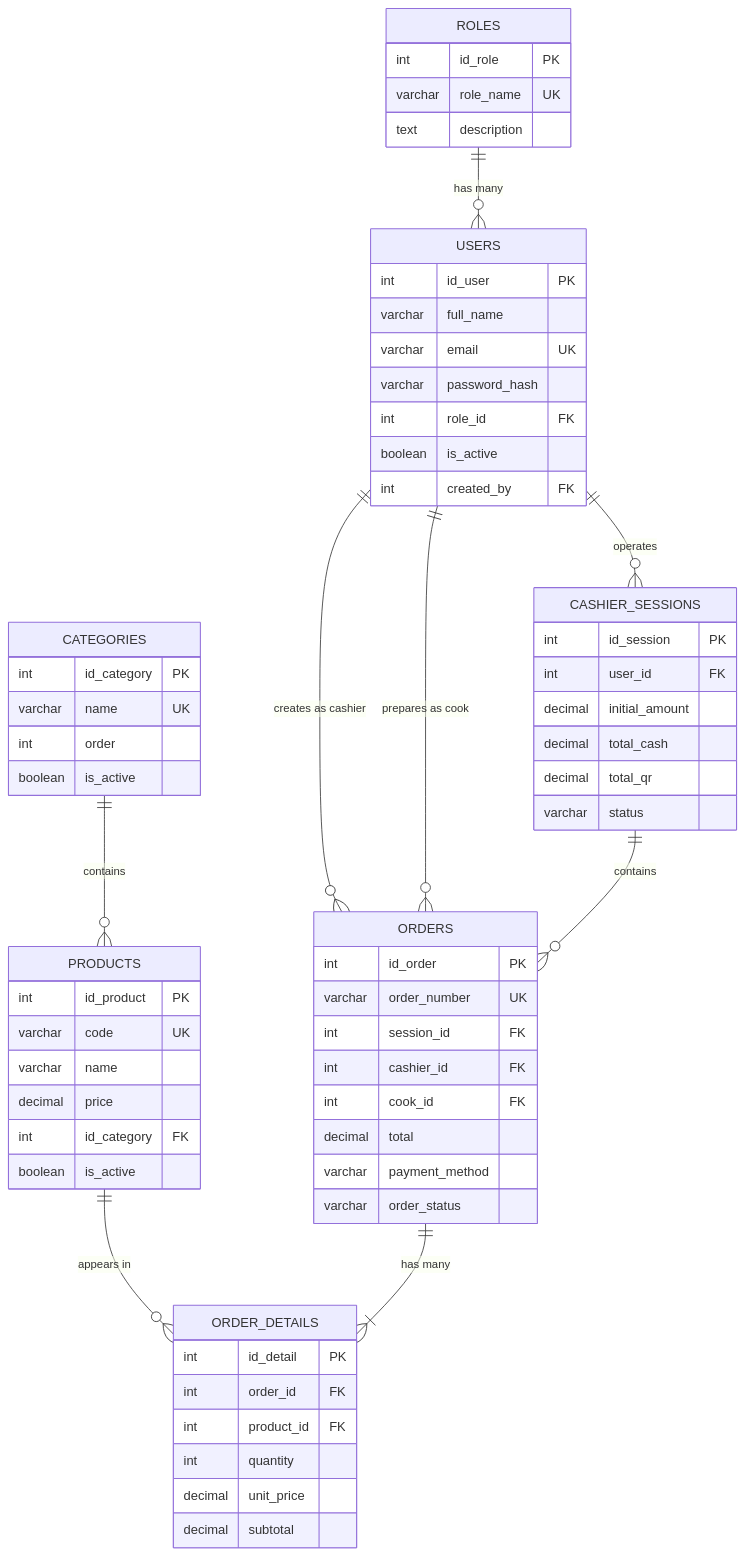
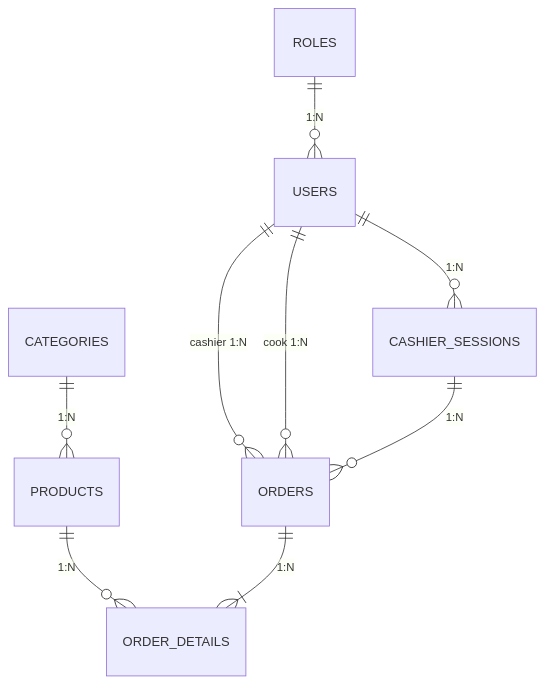
The diagram in .agent/project-context.md (marquezQ/FastCashierBE), drawn with Mermaid before and after one commit. The commit also changed other lines of this file and 15 other files, not shown here.

````diff
--- a/.agent/project-context.md
+++ b/.agent/project-context.md
@@ -21,72 +23,11 @@
 ```mermaid
 erDiagram
-    ROLES ||--o{ USERS : "has many"
-    USERS ||--o{ CASHIER_SESSIONS : "operates"
-    USERS ||--o{ ORDERS : "creates as cashier"
-    USERS ||--o{ ORDERS : "prepares as cook"
-    CATEGORIES ||--o{ PRODUCTS : "contains"
-    PRODUCTS ||--o{ ORDER_DETAILS : "appears in"
-    CASHIER_SESSIONS ||--o{ ORDERS : "contains"
-    ORDERS ||--|{ ORDER_DETAILS : "has many"
-
-    ROLES {
-        int id_role PK
-        varchar role_name UK
-        text description
-    }
-
-    USERS {
-        int id_user PK
-        varchar full_name
-        varchar email UK
-        varchar password_hash
-        int role_id FK
-        boolean is_active
-        int created_by FK
-    }
-
-    CATEGORIES {
-        int id_category PK
-        varchar name UK
-        int order
-        boolean is_active
-    }
-
-    PRODUCTS {
-        int id_product PK
-        varchar code UK
-        varchar name
-        decimal price
-        int id_category FK
-        boolean is_active
-    }
-
-    CASHIER_SESSIONS {
-        int id_session PK
-        int user_id FK
-        decimal initial_amount
-        decimal total_cash
-        decimal total_qr
-        varchar status
-    }
-
-    ORDERS {
-        int id_order PK
-        varchar order_number UK
-        int session_id FK
-        int cashier_id FK
-        int cook_id FK
-        decimal total
-        varchar payment_method
-        varchar order_status
-    }
-
-    ORDER_DETAILS {
-        int id_detail PK
-        int order_id FK
-        int product_id FK
-        int quantity
-        decimal unit_price
-        decimal subtotal
-    }
+    ROLES ||--o{ USERS : "1:N"
+    USERS ||--o{ CASHIER_SESSIONS : "1:N"
+    USERS ||--o{ ORDERS : "cashier 1:N"
+    USERS ||--o{ ORDERS : "cook 1:N"
+    CATEGORIES ||--o{ PRODUCTS : "1:N"
+    PRODUCTS ||--o{ ORDER_DETAILS : "1:N"
+    CASHIER_SESSIONS ||--o{ ORDERS : "1:N"
+    ORDERS ||--|{ ORDER_DETAILS : "1:N"
 ```
````
